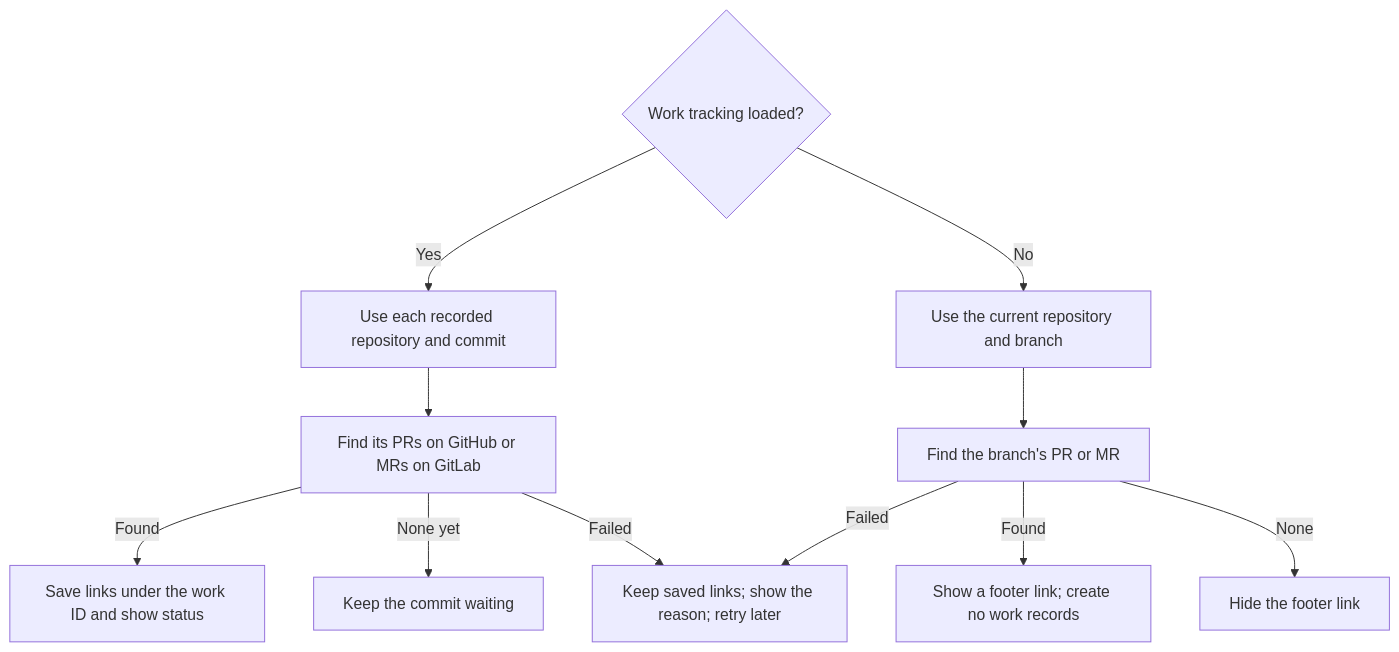
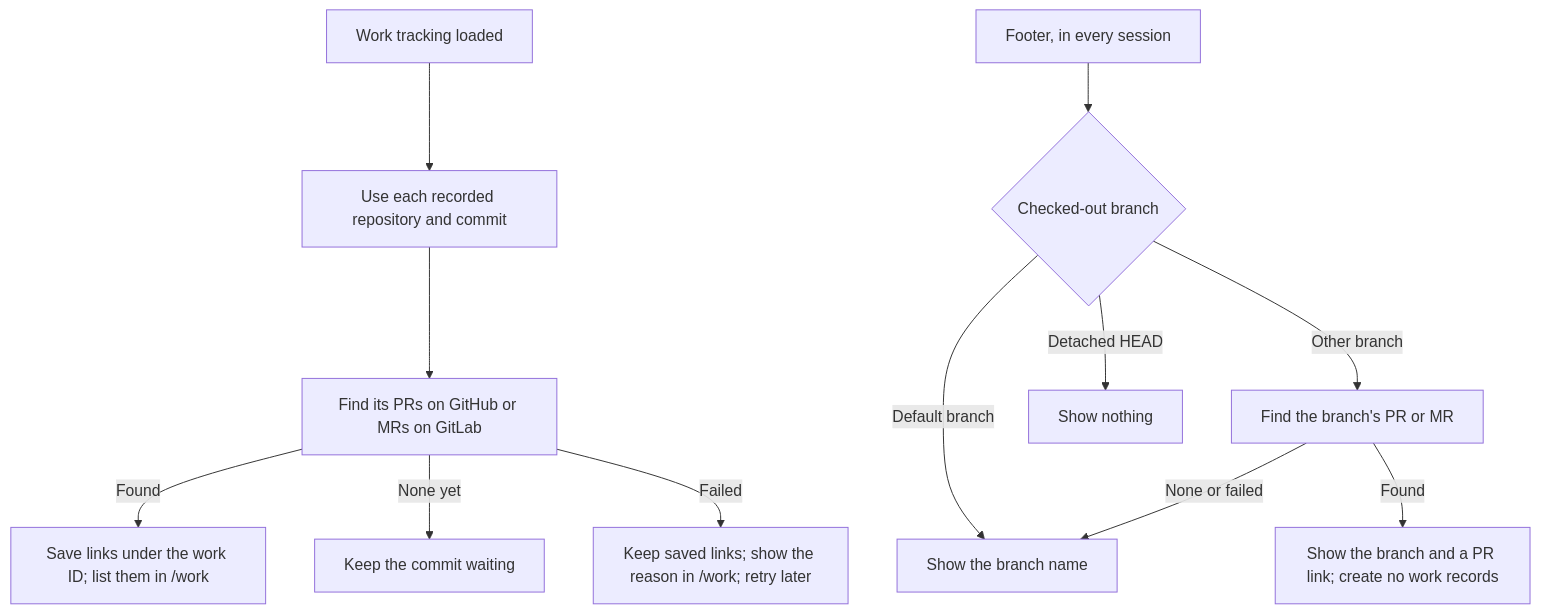
One commit to getkimchi/kimchi changed the seventh of 8 diagrams in docs/work-attribution.md. Above: the diagram before and after it, drawn with Mermaid. The commit also changed other lines of this file, not shown here.

Commit message:
docs(work-attribution): describe the branch-only PR footer

````diff
--- a/docs/work-attribution.md
+++ b/docs/work-attribution.md
@@ -248,13 +248,14 @@
 ```mermaid
 flowchart TD
-    T{"Work tracking loaded?"} -->|Yes| C["Use each recorded repository and commit"]
-    T -->|No| B["Use the current repository and branch"]
+    T["Work tracking loaded"] --> C["Use each recorded repository and commit"]
     C --> G["Find its PRs on GitHub or MRs on GitLab"]
-    B --> H["Find the branch's PR or MR"]
-    G -->|Found| L["Save links under the work ID and show status"]
+    G -->|Found| L["Save links under the work ID; list them in /work"]
     G -->|None yet| P["Keep the commit waiting"]
-    H -->|Found| F["Show a footer link; create no work records"]
-    H -->|None| Q["Hide the footer link"]
-    G -->|Failed| E["Keep saved links; show the reason; retry later"]
-    H -->|Failed| E
+    G -->|Failed| E["Keep saved links; show the reason in /work; retry later"]
+    S["Footer, in every session"] --> B{"Checked-out branch"}
+    B -->|Default branch| D["Show the branch name"]
+    B -->|Other branch| H["Find the branch's PR or MR"]
+    B -->|Detached HEAD| N["Show nothing"]
+    H -->|Found| F["Show the branch and a PR link; create no work records"]
+    H -->|None or failed| D
 ```
````
